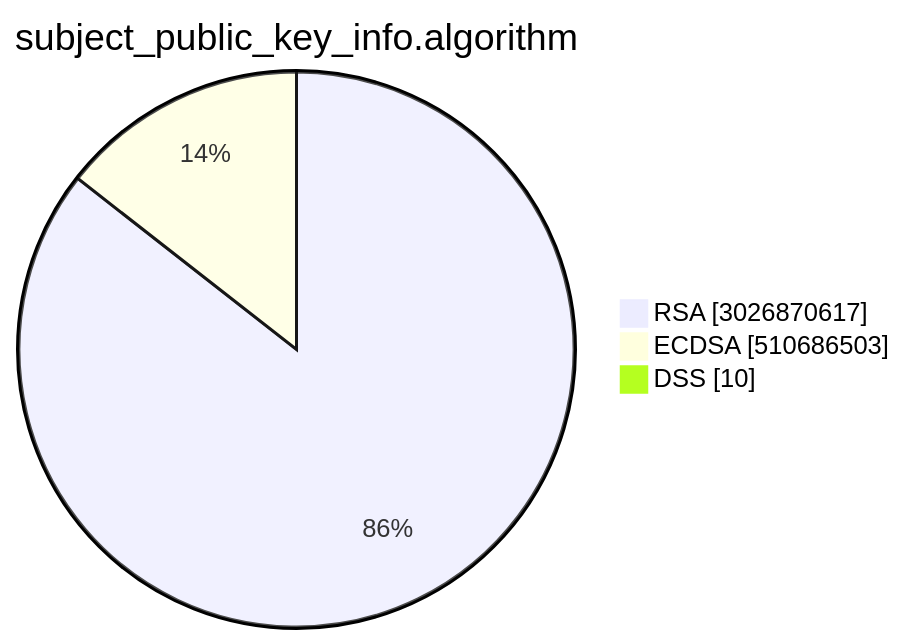
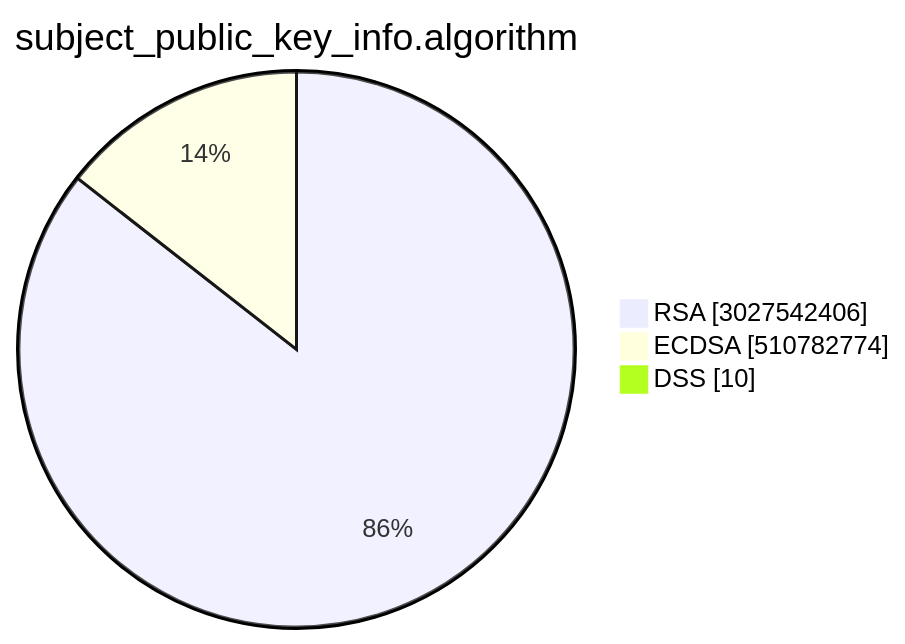
One commit to christiankrug/ctmonitor_visualization changed the second of 15 diagrams in TOTAL/README.md. Above: the diagram before and after it, drawn with Mermaid. The commit also changed other lines of this file, not shown here.

````diff
--- a/TOTAL/README.md
+++ b/TOTAL/README.md
@@ -6,7 +6,7 @@
 ```mermaid
 pie showData
 title subject_public_key_info.algorithm
-"RSA" :3026870617
-"ECDSA" :510686503
+"RSA" :3027542406
+"ECDSA" :510782774
 "DSS" :10
 ```
````
